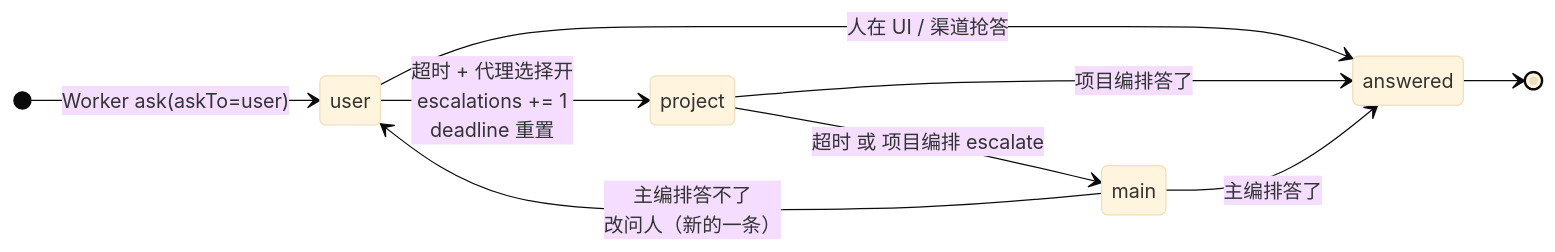
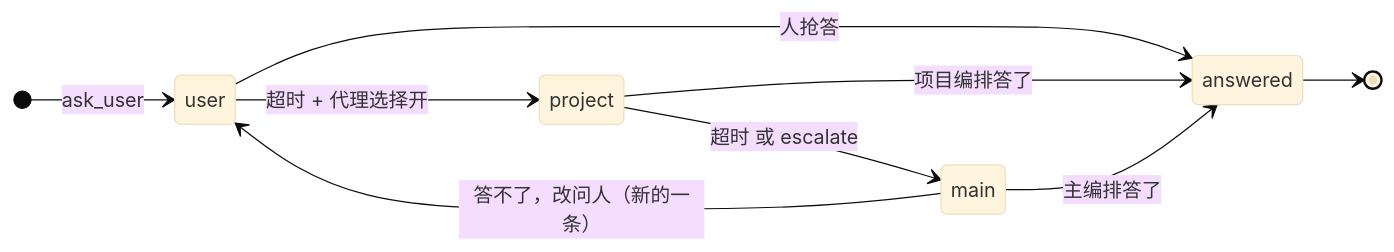
One commit to omdsh-dev/dsh-nexus changed the sixth of 11 diagrams in docs/flow.md. Above: the diagram before and after it, drawn with Mermaid (base theme). The commit also changed other lines of this file and 52 other files, not shown here.

````diff
--- a/docs/flow.md
+++ b/docs/flow.md
@@ -251,16 +175,12 @@
 ```mermaid
 stateDiagram-v2
     direction LR
-    [*] --> user : Worker ask(askTo=user)
-
-    user --> project : 超时 + 代理选择开<br/>escalations += 1<br/>deadline 重置
-    user --> answered : 人在 UI / 渠道抢答
-
-    project --> main : 超时 或 项目编排 escalate
+    [*] --> user : ask_user
+    user --> project : 超时 + 代理选择开
+    user --> answered : 人抢答
+    project --> main : 超时 或 escalate
     project --> answered : 项目编排答了
-
     main --> answered : 主编排答了
-    main --> user : 主编排答不了<br/>改问人（新的一条）
-
+    main --> user : 答不了，改问人（新的一条）
     answered --> [*]
 ```
````
